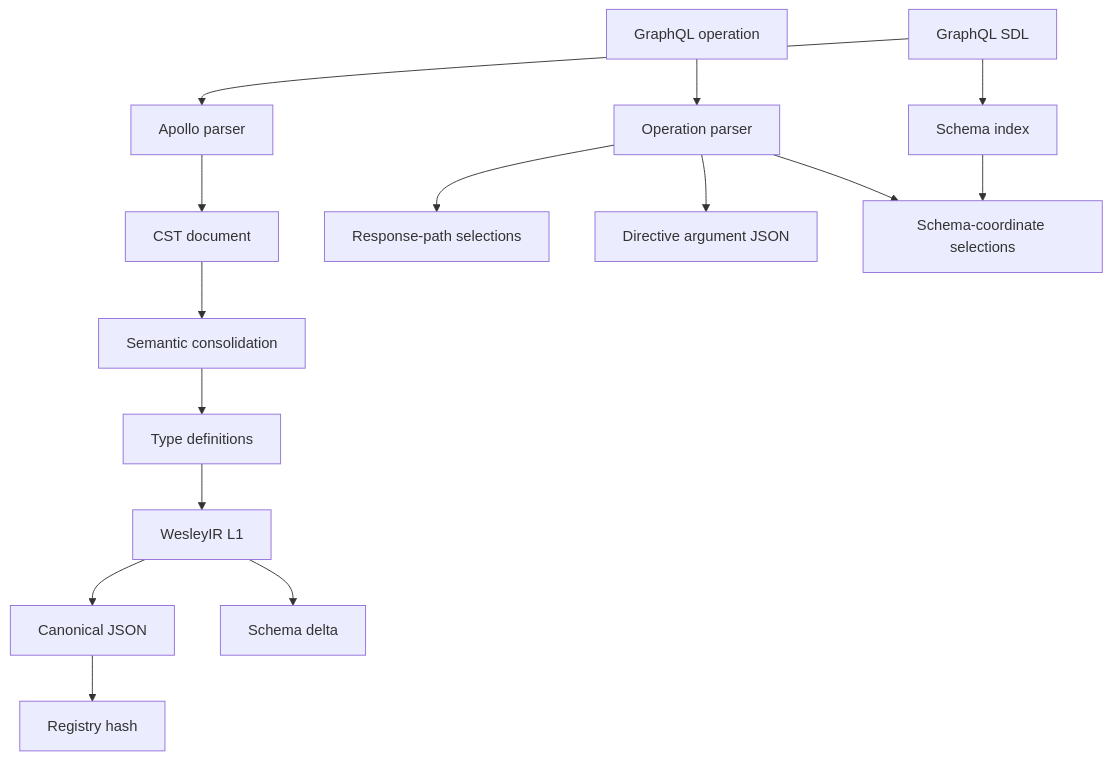
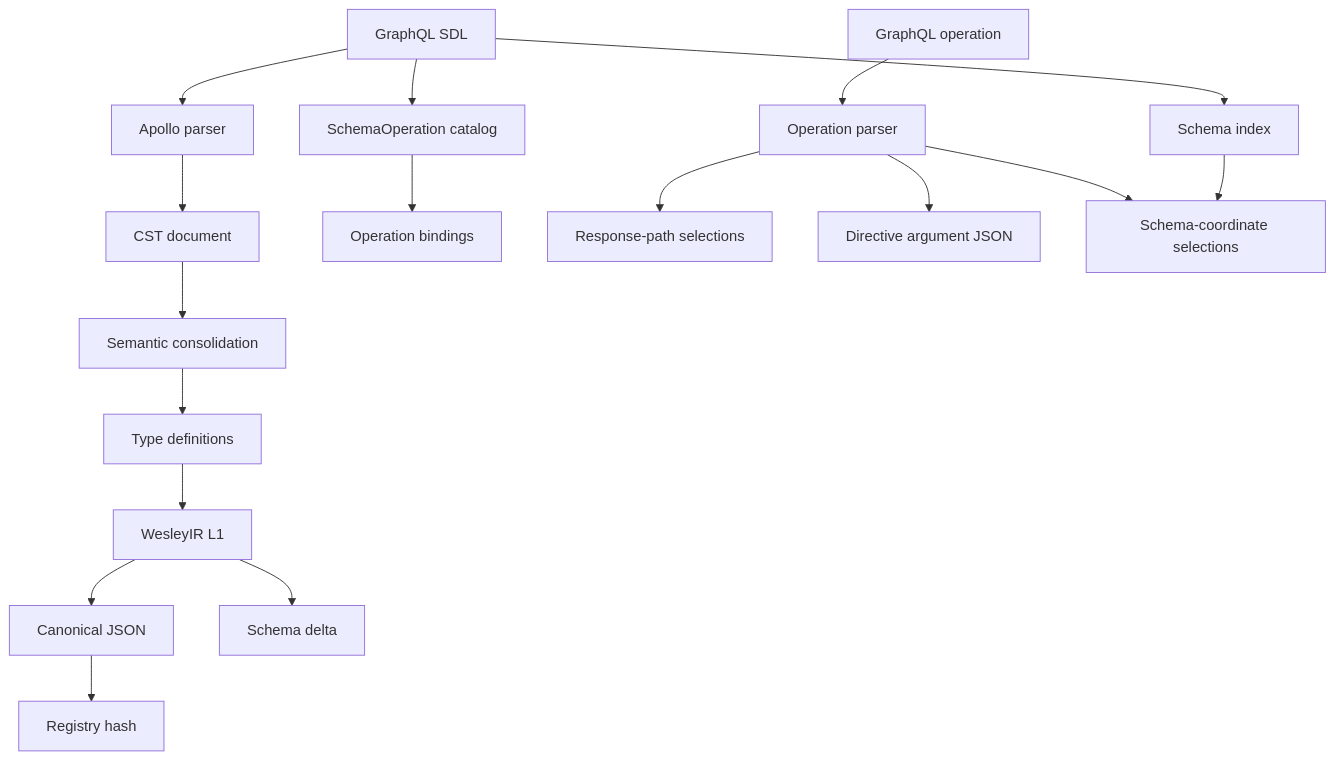
The second of 9 diagrams in docs/ARCHITECTURE.md (flyingrobots/wesley), drawn with Mermaid before and after one commit. The commit also changed other lines of this file and 16 other files, not shown here.

Commit message:
feat(emit): add operation bindings

````diff
--- a/docs/ARCHITECTURE.md
+++ b/docs/ARCHITECTURE.md
@@ -173,18 +173,20 @@
 ```mermaid
 flowchart TD
     SDL[GraphQL SDL] --> Apollo[Apollo parser]
     Apollo --> CST[CST document]
     CST --> Consolidation[Semantic consolidation]
     Consolidation --> Types[Type definitions]
     Types --> IR[WesleyIR L1]
     IR --> Canonical[Canonical JSON]
     Canonical --> Hash[Registry hash]
     IR --> Delta[Schema delta]
+    SDL --> RootOps[SchemaOperation catalog]
+    RootOps --> EmitOps[Operation bindings]
 
     OP[GraphQL operation] --> OpParse[Operation parser]
     OpParse --> Selections[Response-path selections]
     OpParse --> Directives[Directive argument JSON]
     SDL --> SchemaIndex[Schema index]
     SchemaIndex --> Coordinates[Schema-coordinate selections]
     OpParse --> Coordinates
 ```
````
